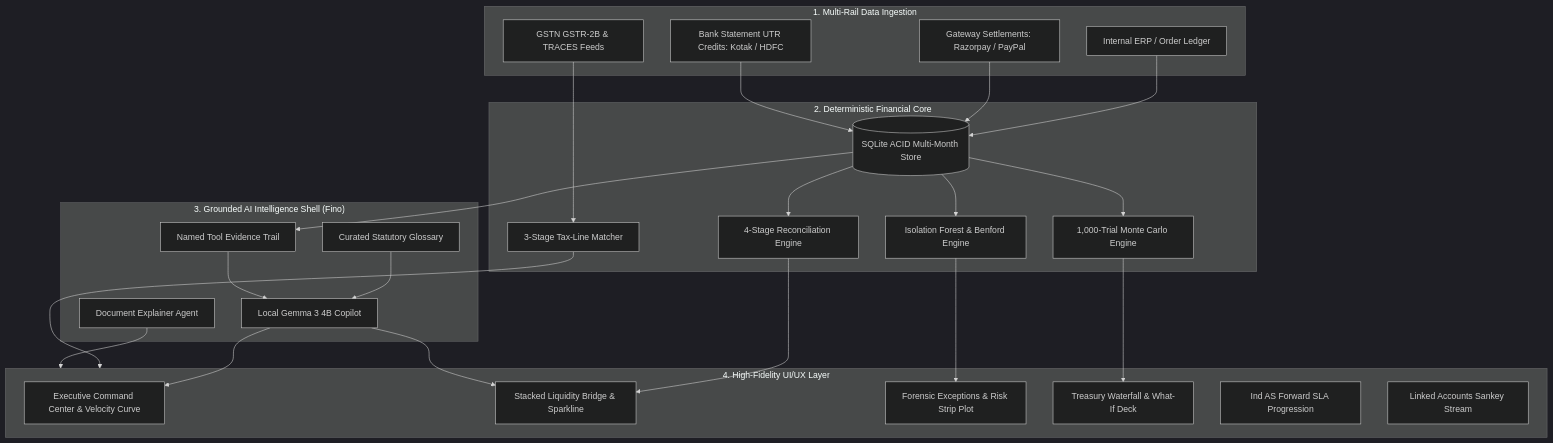
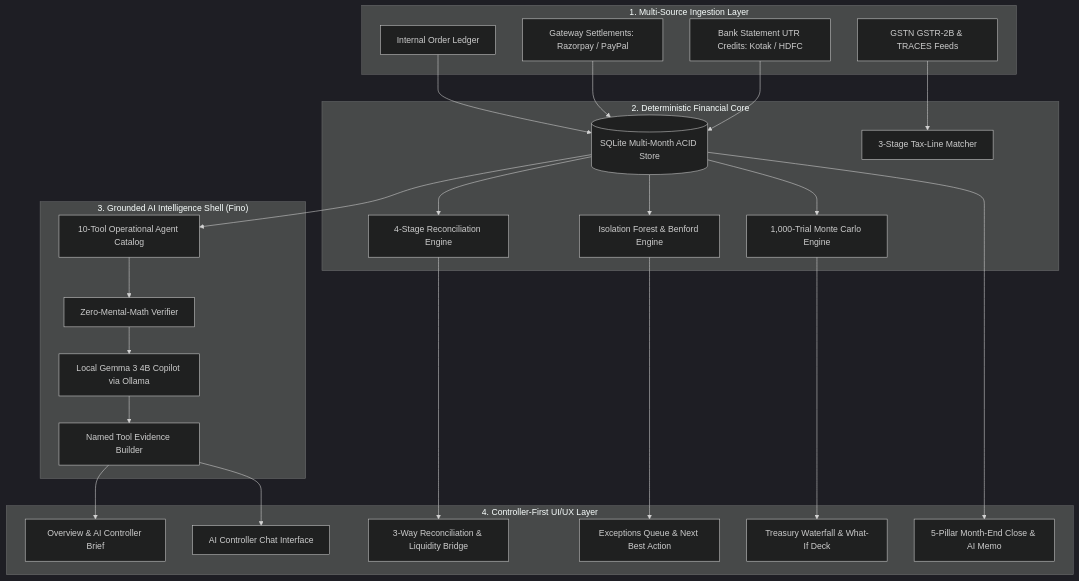
The second of 2 diagrams in README.md (sharancode3/Finora), drawn with Mermaid (dark theme) before and after one commit. The commit also changed other lines of this file and 22 other files, not shown here.

Commit message:
feat: complete AI Finance Controller win-oriented architecture, dual match rates, closed-loop actions, and world-class README

````diff
--- a/README.md
+++ b/README.md
@@ -114,54 +160,54 @@
 ```mermaid
 graph TD
-    subgraph Ingestion["1. Multi-Rail Data Ingestion"]
-        L[Internal ERP / Order Ledger]
+    subgraph Ingestion["1. Multi-Source Ingestion Layer"]
+        L[Internal Order Ledger]
         G[Gateway Settlements: Razorpay / PayPal]
         B[Bank Statement UTR Credits: Kotak / HDFC]
         T[GSTN GSTR-2B & TRACES Feeds]
     end
 
     subgraph Core["2. Deterministic Financial Core"]
-        SQL[(SQLite ACID Multi-Month Store)]
+        SQL[(SQLite Multi-Month ACID Store)]
         M4[4-Stage Reconciliation Engine]
         ANOM[Isolation Forest & Benford Engine]
         MC[1,000-Trial Monte Carlo Engine]
         TAX[3-Stage Tax-Line Matcher]
     end
 
     subgraph Agentic["3. Grounded AI Intelligence Shell (Fino)"]
-        GEMMA[Local Gemma 3 4B Copilot]
-        GLOSS[Curated Statutory Glossary]
-        DOC[Document Explainer Agent]
-        EVID[Named Tool Evidence Trail]
+        GEMMA[Local Gemma 3 4B Copilot via Ollama]
+        VERIF[Zero-Mental-Math Verifier]
+        EVID[Named Tool Evidence Builder]
+        TOOLS[10-Tool Operational Agent Catalog]
     end
 
-    subgraph UI["4. High-Fidelity UI/UX Layer"]
-        DASH[Executive Command Center & Velocity Curve]
-        RECON[Stacked Liquidity Bridge & Sparkline]
-        EXC[Forensic Exceptions & Risk Strip Plot]
+    subgraph UI["4. Controller-First UI/UX Layer"]
+        DASH[Overview & AI Controller Brief]
+        ASK[AI Controller Chat Interface]
+        RECON[3-Way Reconciliation & Liquidity Bridge]
+        EXC[Exceptions Queue & Next Best Action]
         CASH[Treasury Waterfall & What-If Deck]
-        CLOSE[Ind AS Forward SLA Progression]
-        SANKEY[Linked Accounts Sankey Stream]
+        CLOSE[5-Pillar Month-End Close & AI Memo]
     end
 
     L --> SQL
     G --> SQL
     B --> SQL
     T --> TAX
 
     SQL --> M4
     SQL --> ANOM
     SQL --> MC
+    SQL --> TOOLS
+
+    TOOLS --> VERIF
+    VERIF --> GEMMA
+    GEMMA --> EVID
 
     M4 --> RECON
     ANOM --> EXC
     MC --> CASH
-    TAX --> UI
-
-    SQL --> EVID
-    GLOSS --> GEMMA
-    EVID --> GEMMA
-    DOC --> UI
-    GEMMA --> DASH
-    GEMMA --> RECON
+    EVID --> DASH
+    EVID --> ASK
+    SQL --> CLOSE
 ```
````
